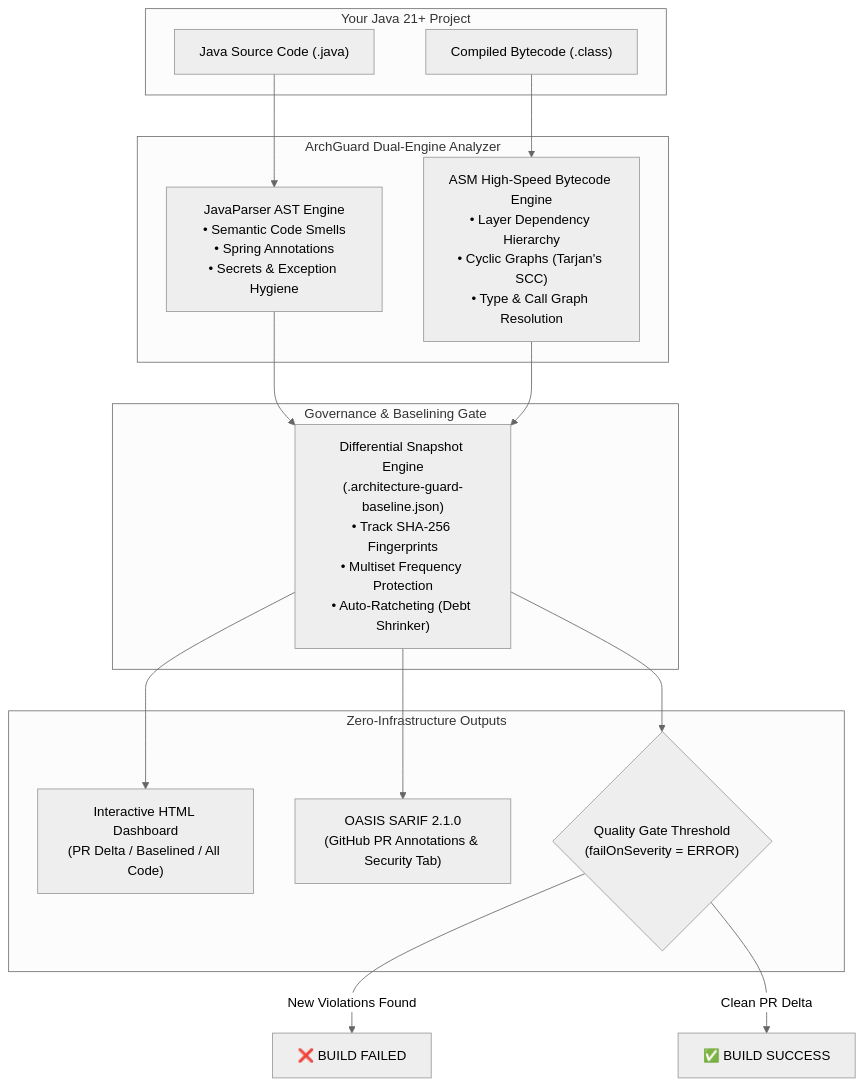
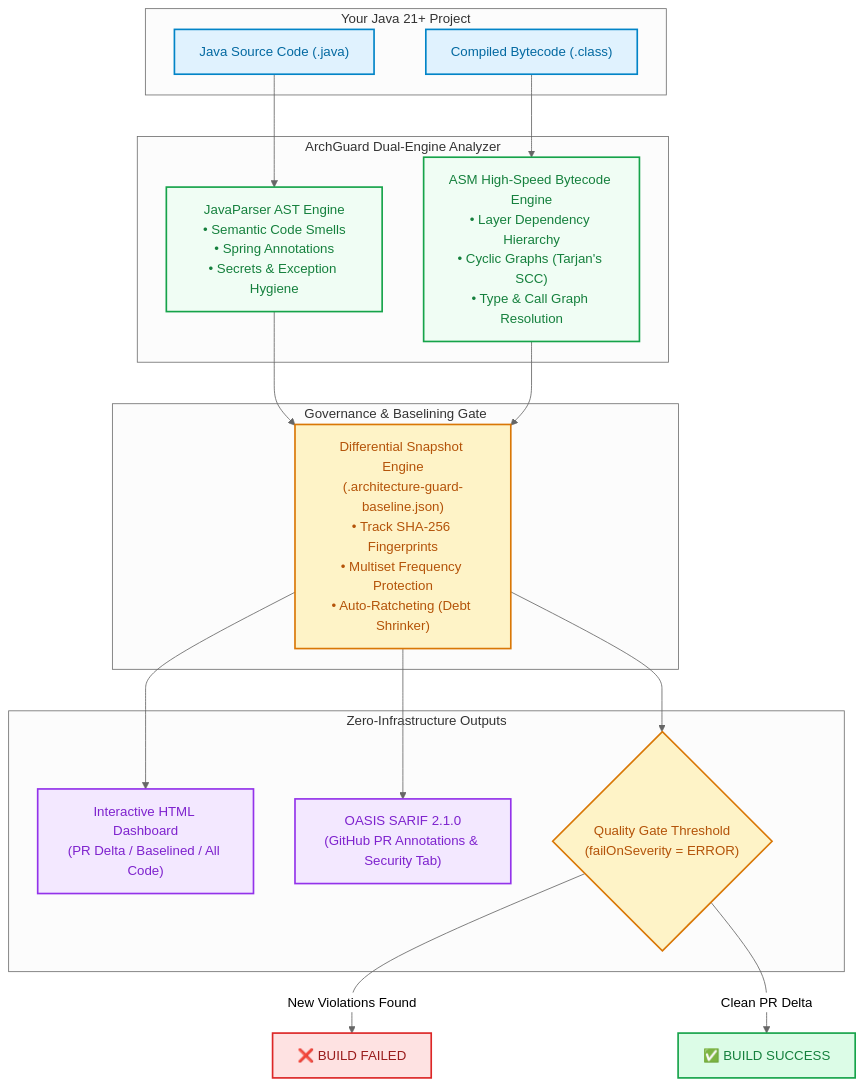
The diagram in features.md (javatechgroup/testplugin), drawn with Mermaid (neutral theme) before and after one commit. The commit also changed other lines of this file and 4 other files, not shown here.

````diff
--- a/features.md
+++ b/features.md
@@ -68,32 +68,39 @@
 ```mermaid
 flowchart TD
+    classDef inputNode fill:#e0f2fe,stroke:#0284c7,stroke-width:2px,color:#0369a1;
+    classDef engineNode fill:#f0fdf4,stroke:#16a34a,stroke-width:2px,color:#15803d;
+    classDef govNode fill:#fef3c7,stroke:#d97706,stroke-width:2px,color:#b45309;
+    classDef outNode fill:#f3e8ff,stroke:#9333ea,stroke-width:2px,color:#7e22ce;
+    classDef passNode fill:#dcfce7,stroke:#16a34a,stroke-width:2px,color:#15803d;
+    classDef failNode fill:#fee2e2,stroke:#dc2626,stroke-width:2px,color:#991b1b;
+
     subgraph Input["Your Java 21+ Project"]
-        SRC["Java Source Code (.java)"]
-        CLS["Compiled Bytecode (.class)"]
+        SRC["Java Source Code (.java)"]:::inputNode
+        CLS["Compiled Bytecode (.class)"]:::inputNode
     end
 
     subgraph DualEngine["ArchGuard Dual-Engine Analyzer"]
-        AST["JavaParser AST Engine\n• Semantic Code Smells\n• Spring Annotations\n• Secrets & Exception Hygiene"]
-        ASM["ASM High-Speed Bytecode Engine\n• Layer Dependency Hierarchy\n• Cyclic Graphs (Tarjan's SCC)\n• Type & Call Graph Resolution"]
+        AST["JavaParser AST Engine\n• Semantic Code Smells\n• Spring Annotations\n• Secrets & Exception Hygiene"]:::engineNode
+        ASM["ASM High-Speed Bytecode Engine\n• Layer Dependency Hierarchy\n• Cyclic Graphs (Tarjan's SCC)\n• Type & Call Graph Resolution"]:::engineNode
     end
 
     subgraph Governance["Governance & Baselining Gate"]
-        DIFF["Differential Snapshot Engine\n(.architecture-guard-baseline.json)\n• Track SHA-256 Fingerprints\n• Multiset Frequency Protection\n• Auto-Ratcheting (Debt Shrinker)"]
+        DIFF["Differential Snapshot Engine\n(.architecture-guard-baseline.json)\n• Track SHA-256 Fingerprints\n• Multiset Frequency Protection\n• Auto-Ratcheting (Debt Shrinker)"]:::govNode
     end
 
     subgraph Output["Zero-Infrastructure Outputs"]
-        HTML["Interactive HTML Dashboard\n(PR Delta / Baselined / All Code)"]
-        SARIF["OASIS SARIF 2.1.0\n(GitHub PR Annotations & Security Tab)"]
-        GATE{"Quality Gate Threshold\n(failOnSeverity = ERROR)"}
+        HTML["Interactive HTML Dashboard\n(PR Delta / Baselined / All Code)"]:::outNode
+        SARIF["OASIS SARIF 2.1.0\n(GitHub PR Annotations & Security Tab)"]:::outNode
+        GATE{"Quality Gate Threshold\n(failOnSeverity = ERROR)"}:::govNode
     end
 
     SRC --> AST
     CLS --> ASM
     AST --> DIFF
     ASM --> DIFF
     DIFF --> HTML
     DIFF --> SARIF
     DIFF --> GATE
-    GATE -->|New Violations Found| FAIL["❌ BUILD FAILED"]
-    GATE -->|Clean PR Delta| PASS["✅ BUILD SUCCESS"]
+    GATE -->|New Violations Found| FAIL["❌ BUILD FAILED"]:::failNode
+    GATE -->|Clean PR Delta| PASS["✅ BUILD SUCCESS"]:::passNode
 ```
````
